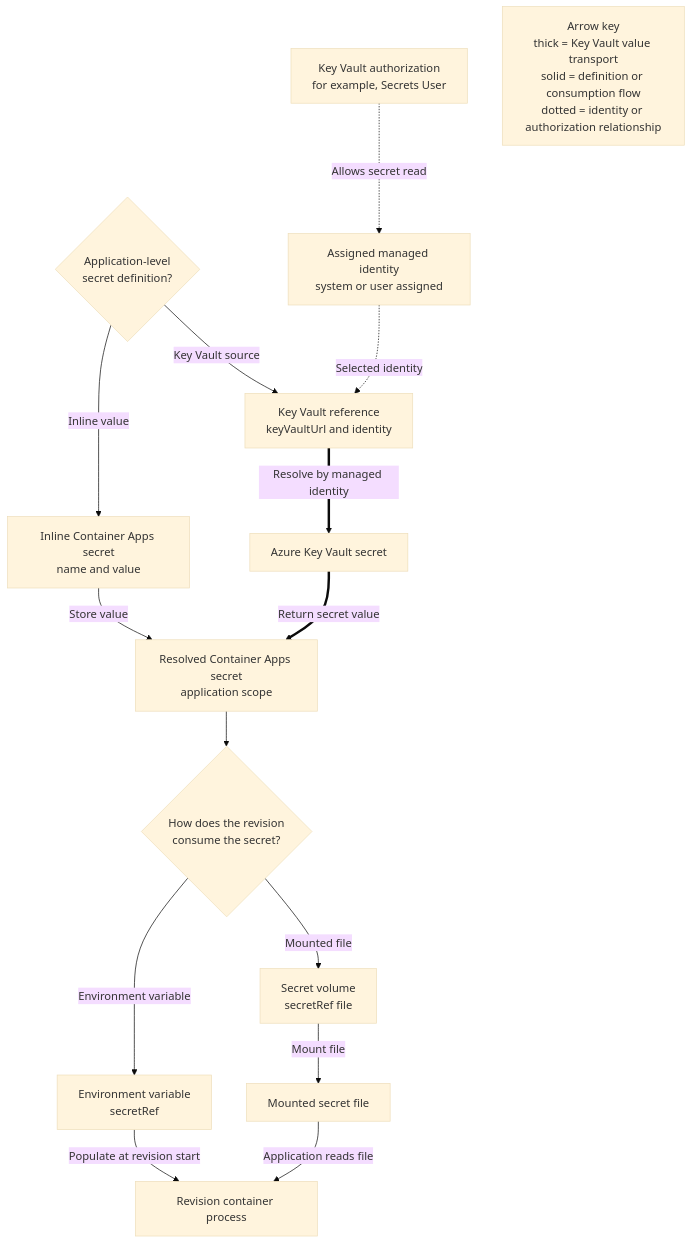
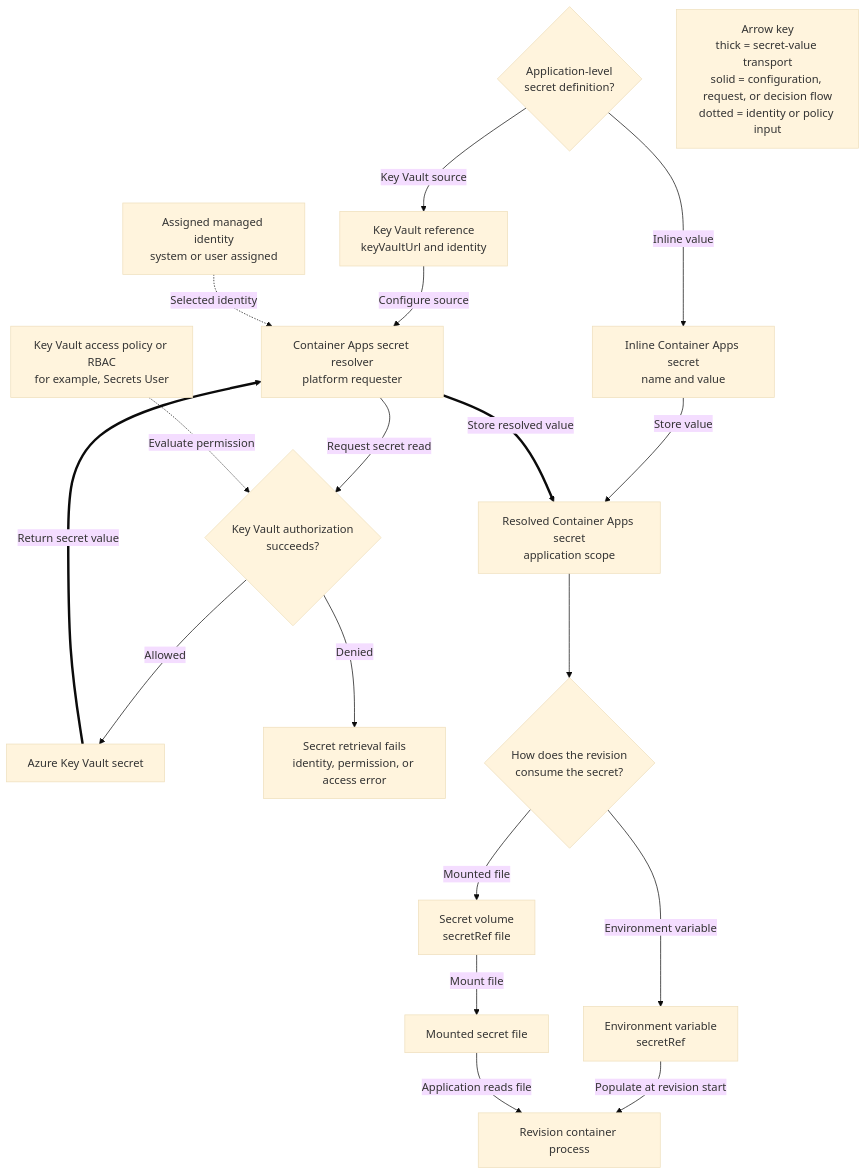
One commit to yeongseon/azure-container-apps-practical-guide changed the diagram in docs/platform/security/secrets.md. Above: the diagram before and after it, drawn with Mermaid (base theme). The commit also changed other lines of this file and 1 other file, not shown here.

Commit message:
docs(security): require explicit certificate and secret authorization

````diff
--- a/docs/platform/security/secrets.md
+++ b/docs/platform/security/secrets.md
@@ -93,36 +93,43 @@
 ```mermaid
 flowchart TD
     accTitle: Resolve and consume an Azure Container Apps secret
-    accDescr: A decision flow starts with an application-level secret definition. An inline value is stored by Container Apps, while a Key Vault reference is resolved through an assigned managed identity. A revision then consumes the resolved app secret through either a secretRef environment variable or a mounted secret file. Dotted arrows show identity and authorization relationships rather than secret-value transport.
+    accDescr: A decision flow starts with an application-level secret definition. An inline value is stored by Container Apps. For a Key Vault reference, the Container Apps secret resolver uses the selected managed identity, requests authorization from Key Vault, returns a failure when access is denied, and retrieves the value only after authorization succeeds. A revision then consumes the resolved app secret through either a secretRef environment variable or a mounted secret file.
 
     DEFINE{"Application-level<br/>secret definition?"}
     INLINE["Inline Container Apps secret<br/>name and value"]
     KVREF["Key Vault reference<br/>keyVaultUrl and identity"]
+    RESOLVER["Container Apps secret resolver<br/>platform requester"]
     IDENTITY["Assigned managed identity<br/>system or user assigned"]
-    RBAC["Key Vault authorization<br/>for example, Secrets User"]
+    RBAC["Key Vault access policy or RBAC<br/>for example, Secrets User"]
+    AUTHZ{"Key Vault authorization<br/>succeeds?"}
     VAULT["Azure Key Vault secret"]
+    FAILURE["Secret retrieval fails<br/>identity, permission, or access error"]
     APP_SECRET["Resolved Container Apps secret<br/>application scope"]
 
     CONSUME{"How does the revision<br/>consume the secret?"}
     ENV_REF["Environment variable<br/>secretRef"]
     VOLUME_REF["Secret volume<br/>secretRef file"]
     PROCESS["Revision container process"]
     FILE["Mounted secret file"]
 
     DEFINE -->|"Inline value"| INLINE
     DEFINE -->|"Key Vault source"| KVREF
     INLINE -->|"Store value"| APP_SECRET
-    IDENTITY -.->|"Selected identity"| KVREF
-    RBAC -.->|"Allows secret read"| IDENTITY
-    KVREF ==>|"Resolve by managed identity"| VAULT
-    VAULT ==>|"Return secret value"| APP_SECRET
+    KVREF -->|"Configure source"| RESOLVER
+    IDENTITY -.->|"Selected identity"| RESOLVER
+    RESOLVER -->|"Request secret read"| AUTHZ
+    RBAC -.->|"Evaluate permission"| AUTHZ
+    AUTHZ -->|"Denied"| FAILURE
+    AUTHZ -->|"Allowed"| VAULT
+    VAULT ==>|"Return secret value"| RESOLVER
+    RESOLVER ==>|"Store resolved value"| APP_SECRET
 
     APP_SECRET --> CONSUME
     CONSUME -->|"Environment variable"| ENV_REF
     CONSUME -->|"Mounted file"| VOLUME_REF
     ENV_REF -->|"Populate at revision start"| PROCESS
     VOLUME_REF -->|"Mount file"| FILE
     FILE -->|"Application reads file"| PROCESS
 
-    LEGEND["Arrow key<br/>thick = Key Vault value transport<br/>solid = definition or consumption flow<br/>dotted = identity or authorization relationship"]
+    LEGEND["Arrow key<br/>thick = secret-value transport<br/>solid = configuration, request, or decision flow<br/>dotted = identity or policy input"]
 ```
````
